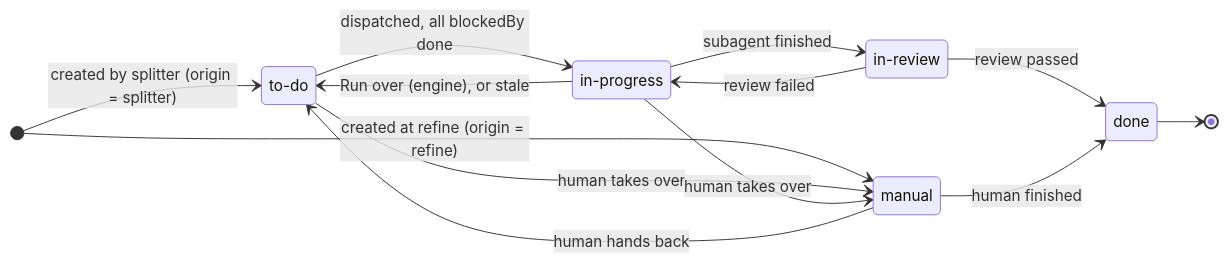
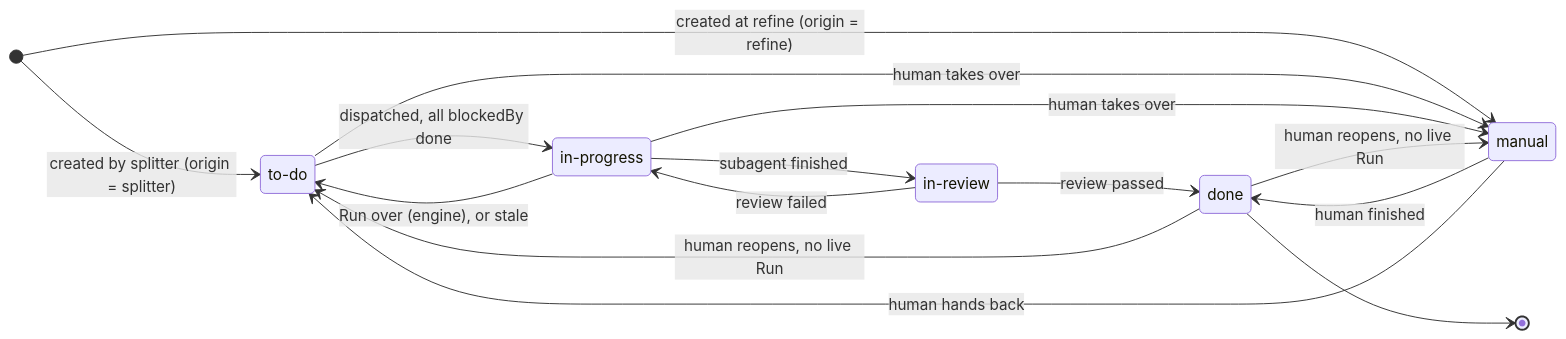
One commit to bingeli1379/tasuki changed the second of 2 diagrams in docs/state-machine.md. Above: the diagram before and after it, drawn with Mermaid. The commit also changed other lines of this file and 7 other files, not shown here.

````diff
--- a/docs/state-machine.md
+++ b/docs/state-machine.md
@@ -80,22 +80,24 @@
 ```mermaid
 stateDiagram-v2
     direction LR
     state "to-do" as ToDo
     state "in-progress" as InProgress
     state "in-review" as InReview
     state "manual" as Manual
     state "done" as Done
 
     [*] --> Manual: created at refine (origin = refine)
     [*] --> ToDo: created by splitter (origin = splitter)
     ToDo --> InProgress: dispatched, all blockedBy done
     InProgress --> InReview: subagent finished
     InReview --> Done: review passed
     InReview --> InProgress: review failed
     InProgress --> ToDo: Run over (engine), or stale
     ToDo --> Manual: human takes over
     InProgress --> Manual: human takes over
     Manual --> Done: human finished
     Manual --> ToDo: human hands back
+    Done --> ToDo: human reopens, no live Run
+    Done --> Manual: human reopens, no live Run
     Done --> [*]
 ```
````
